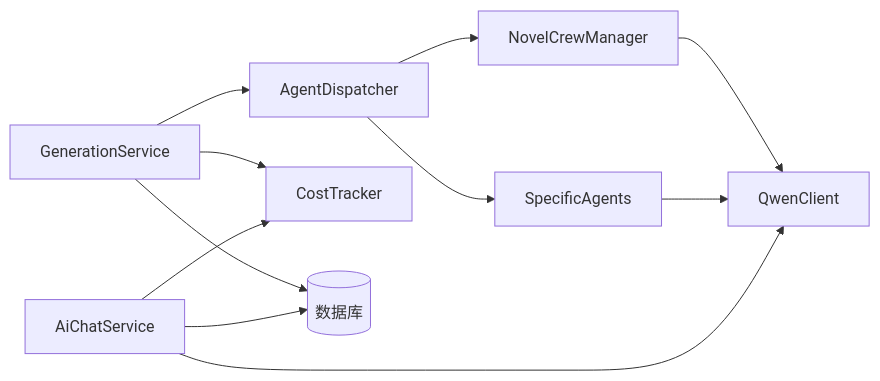
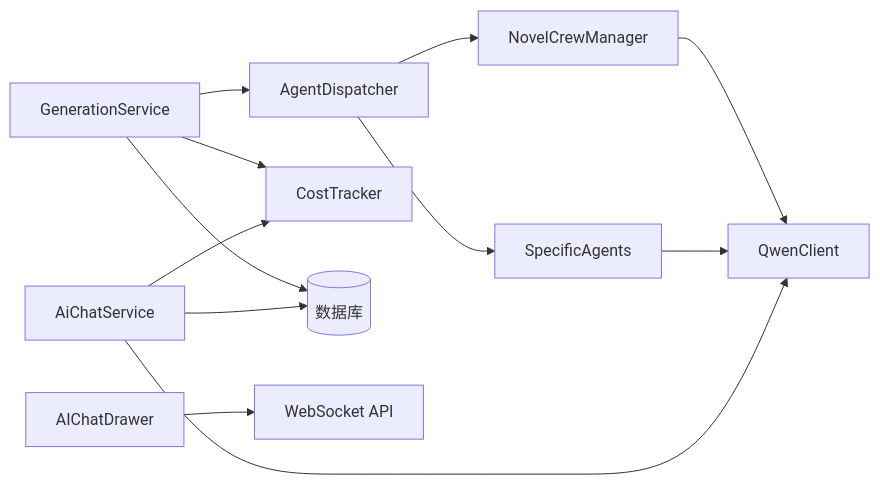
Before and after one commit to xfbyxq/ai-novel-system: the eighth of 8 diagrams in .qoder/repowiki/zh/content/LLM集成架构/LLM集成架构.md, drawn with Mermaid. The commit also changed other lines of this file and 29 other files, not shown here.

````diff
--- a/.qoder/repowiki/zh/content/LLM集成架构/LLM集成架构.md
+++ b/.qoder/repowiki/zh/content/LLM集成架构/LLM集成架构.md
@@ -400,13 +430,14 @@
 ```mermaid
 graph LR
 SVC["GenerationService"] --> DISP["AgentDispatcher"]
 DISP --> CREW["NovelCrewManager"]
 DISP --> AGT["SpecificAgents"]
 CREW --> QWEN["QwenClient"]
 AGT --> QWEN
 CHAT_SVC["AiChatService"] --> QWEN
 SVC --> COST["CostTracker"]
 CHAT_SVC --> COST
 SVC --> DB[("数据库")]
 CHAT_SVC --> DB
+AI_CHAT_DRAWER["AIChatDrawer"] --> CHAT_API["WebSocket API"]
 ```
````
